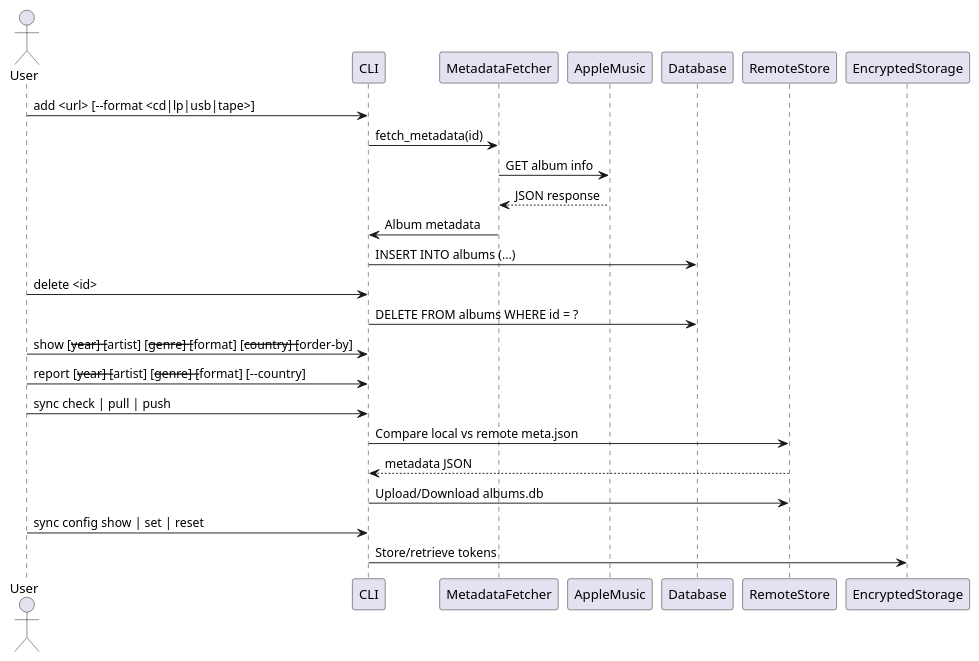
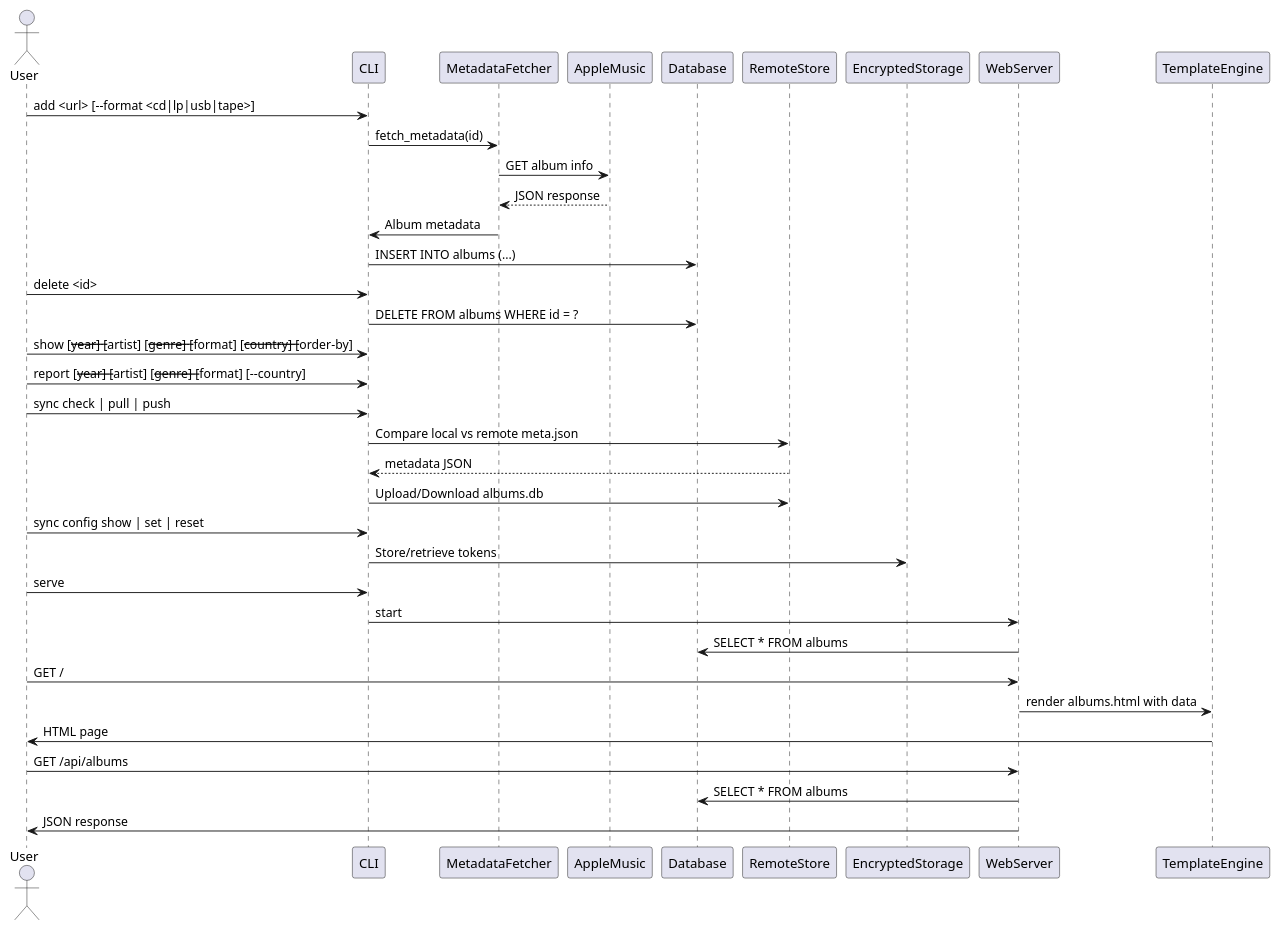
Before and after one commit to kennycha/gnedby: the diagram in gnedby-spec.adoc, drawn with PlantUML. The commit also changed other lines of this file and 1 other file, not shown here.

```diff
--- a/gnedby-spec.adoc
+++ b/gnedby-spec.adoc
@@ -39,22 +42,31 @@
 [plantuml]
 ----
 @startuml
 actor User
 User -> CLI : add <url> [--format <cd|lp|usb|tape>]
 CLI -> MetadataFetcher : fetch_metadata(id)
 MetadataFetcher -> AppleMusic : GET album info
 AppleMusic --> MetadataFetcher : JSON response
 MetadataFetcher -> CLI : Album metadata
 CLI -> Database : INSERT INTO albums (...)
 User -> CLI : delete <id>
 CLI -> Database : DELETE FROM albums WHERE id = ?
 User -> CLI : show [--year] [--artist] [--genre] [--format] [--country] [--order-by]
 User -> CLI : report [--year] [--artist] [--genre] [--format] [--country]
 User -> CLI : sync check | pull | push
 CLI -> RemoteStore : Compare local vs remote meta.json
 RemoteStore --> CLI : metadata JSON
 CLI -> RemoteStore : Upload/Download albums.db
 User -> CLI : sync config show | set | reset
 CLI -> EncryptedStorage : Store/retrieve tokens
+User -> CLI : serve
+CLI -> WebServer : start
+WebServer -> Database : SELECT * FROM albums
+User -> WebServer : GET /
+WebServer -> TemplateEngine : render albums.html with data
+TemplateEngine -> User : HTML page
+User -> WebServer : GET /api/albums
+WebServer -> Database : SELECT * FROM albums
+WebServer -> User : JSON response
 @enduml
 ----
```
